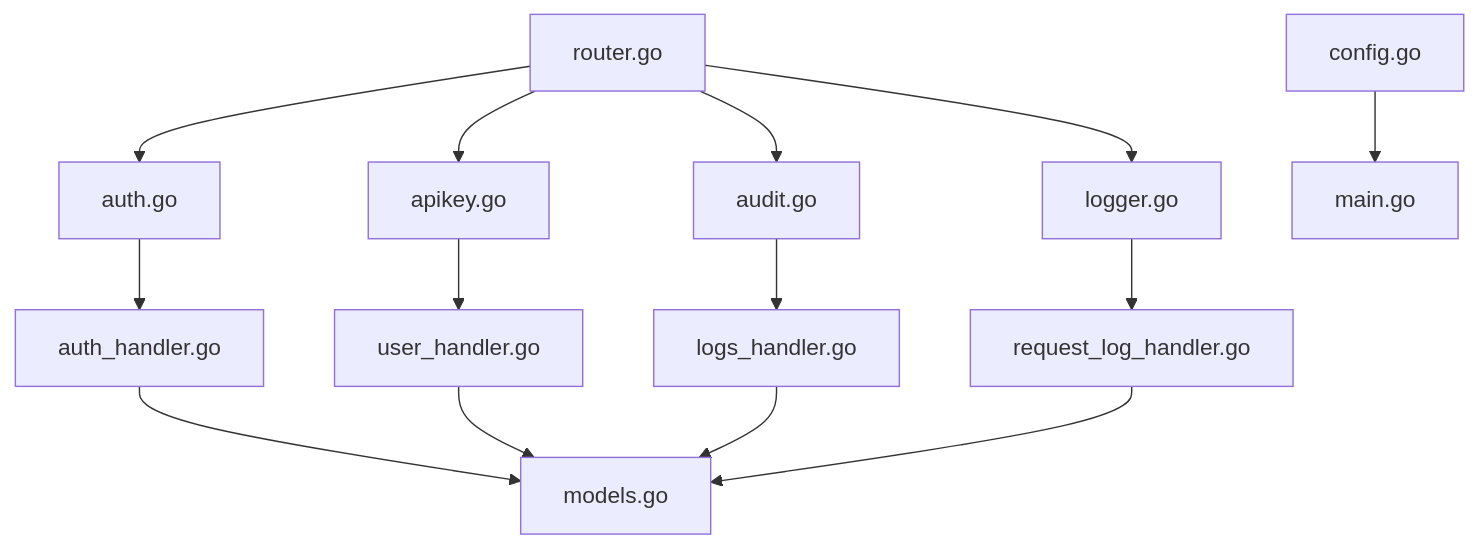
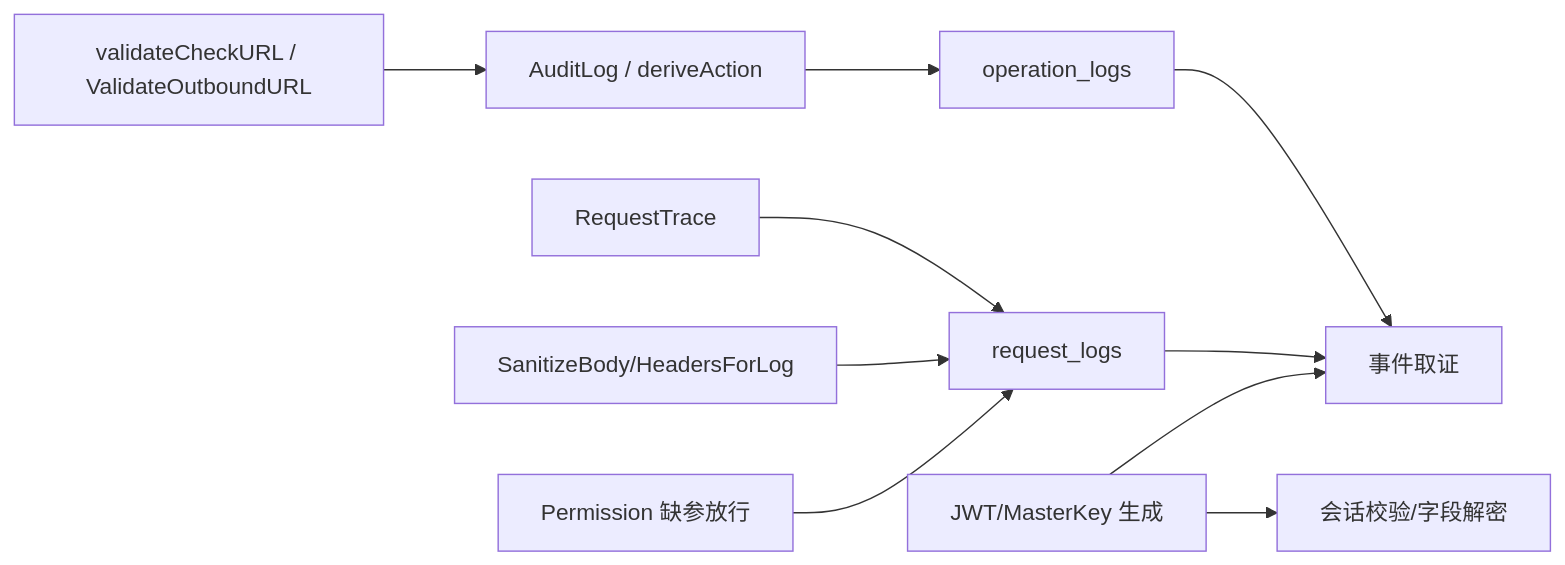
Before and after one commit to x01n/dnsplane: the third of 4 diagrams in docs/故障排除/安全事件响应.md, drawn with Mermaid. The commit also changed other lines of this file and 326 other files, not shown here.

````diff
--- a/docs/故障排除/安全事件响应.md
+++ b/docs/故障排除/安全事件响应.md
@@ -262,16 +364,12 @@
 ```mermaid
-graph TB
-R["router.go"] --> MW1["auth.go"]
-R --> MW2["apikey.go"]
-R --> MW3["audit.go"]
-R --> MW4["logger.go"]
-MW1 --> H1["auth_handler.go"]
-MW2 --> H2["user_handler.go"]
-MW3 --> H3["logs_handler.go"]
-MW4 --> H4["request_log_handler.go"]
-H1 --> M["models.go"]
-H2 --> M
-H3 --> M
-H4 --> M
-MCFG["config.go"] --> MAIN["main.go"]
+graph LR
+    AUD["AuditLog / deriveAction"] --> OPLOG["operation_logs"]
+    TRACE["RequestTrace"] --> REQLOG["request_logs"]
+    SAN["SanitizeBody/HeadersForLog"] --> REQLOG
+    PERM["Permission 缺参放行"] --> REQLOG
+    SSRF["validateCheckURL / ValidateOutboundURL"] --> AUD
+    CFG["JWT/MasterKey 生成"] --> SESSION["会话校验/字段解密"]
+    OPLOG --> RESP["事件取证"]
+    REQLOG --> RESP
+    CFG --> RESP
 ```
````
